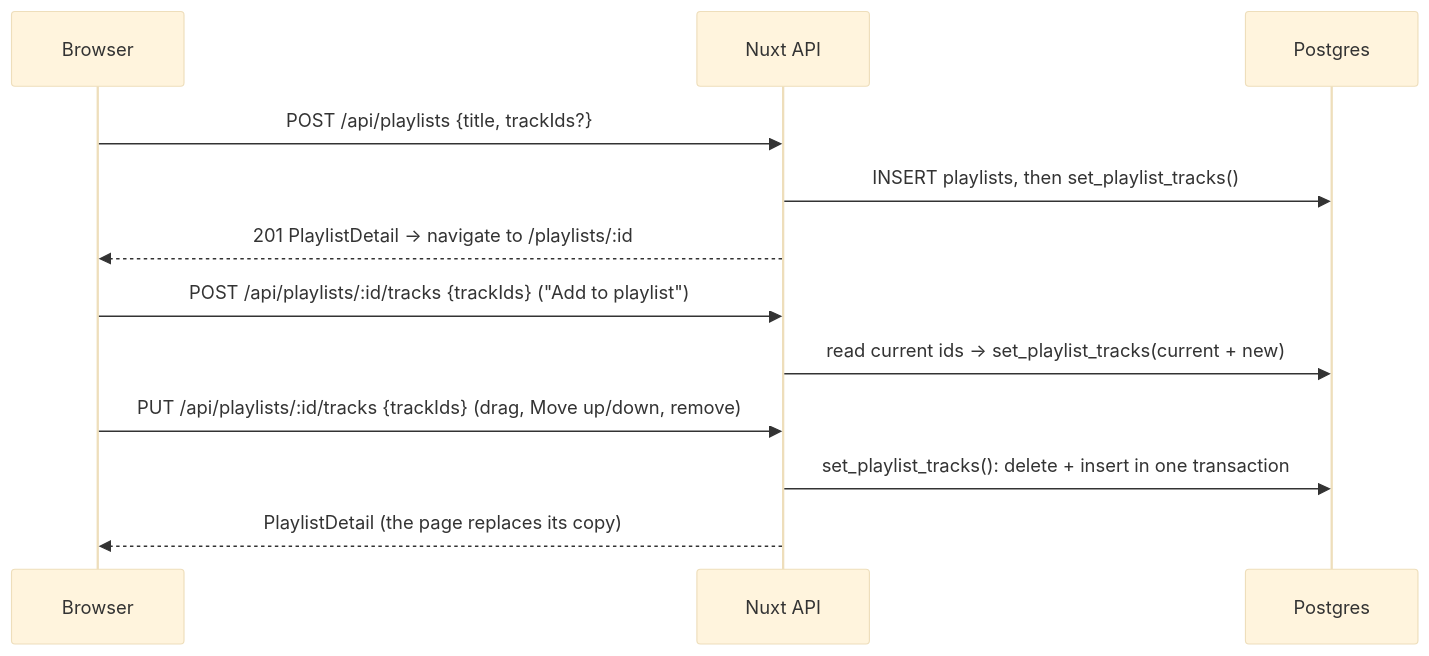
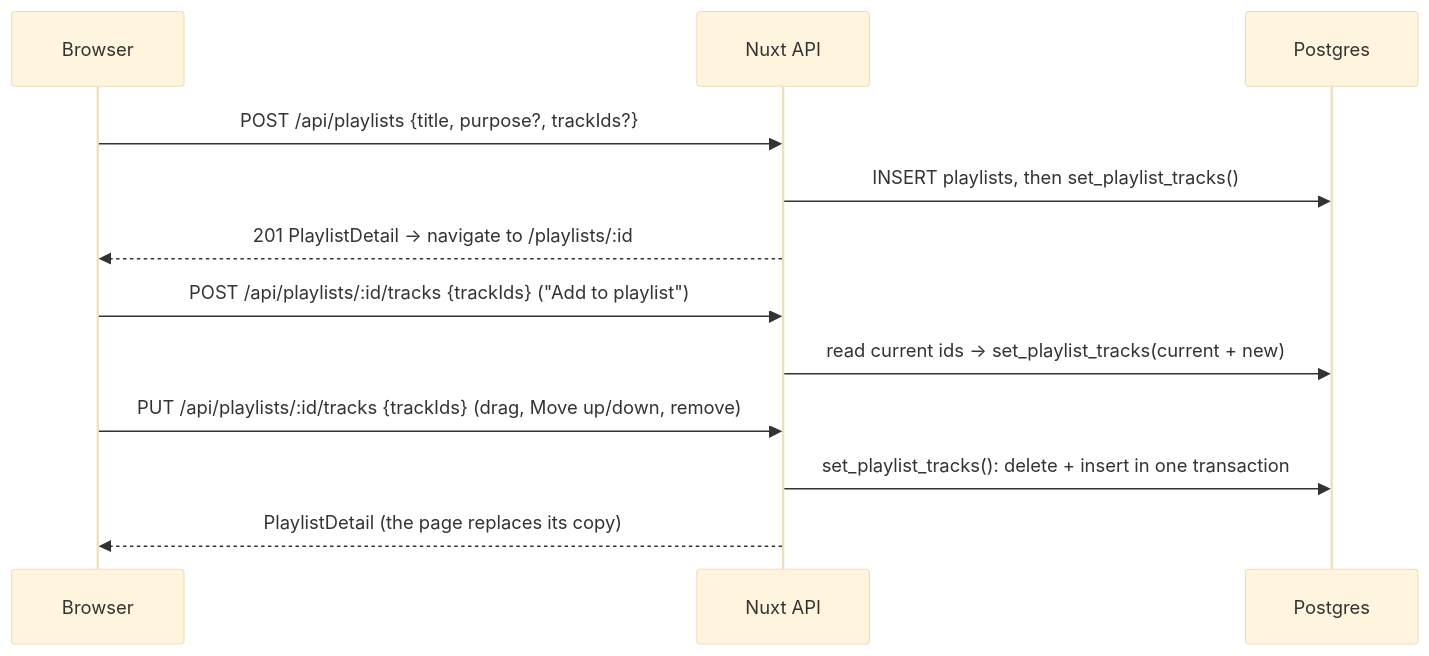
Before and after one commit to alesssz/Chronovault: the ninth of 13 diagrams in README.md, drawn with Mermaid (base theme). The commit also changed other lines of this file and 28 other files, not shown here.

````diff
--- a/README.md
+++ b/README.md
@@ -713,14 +719,14 @@
 ```mermaid
 sequenceDiagram
   participant B as Browser
   participant N as Nuxt API
   participant D as Postgres
-  B->>N: POST /api/playlists {title, trackIds?}
+  B->>N: POST /api/playlists {title, purpose?, trackIds?}
   N->>D: INSERT playlists, then set_playlist_tracks()
   N-->>B: 201 PlaylistDetail → navigate to /playlists/:id
   B->>N: POST /api/playlists/:id/tracks {trackIds} ("Add to playlist")
   N->>D: read current ids → set_playlist_tracks(current + new)
   B->>N: PUT /api/playlists/:id/tracks {trackIds} (drag, Move up/down, remove)
   N->>D: set_playlist_tracks(): delete + insert in one transaction
   N-->>B: PlaylistDetail (the page replaces its copy)
 ```
````
